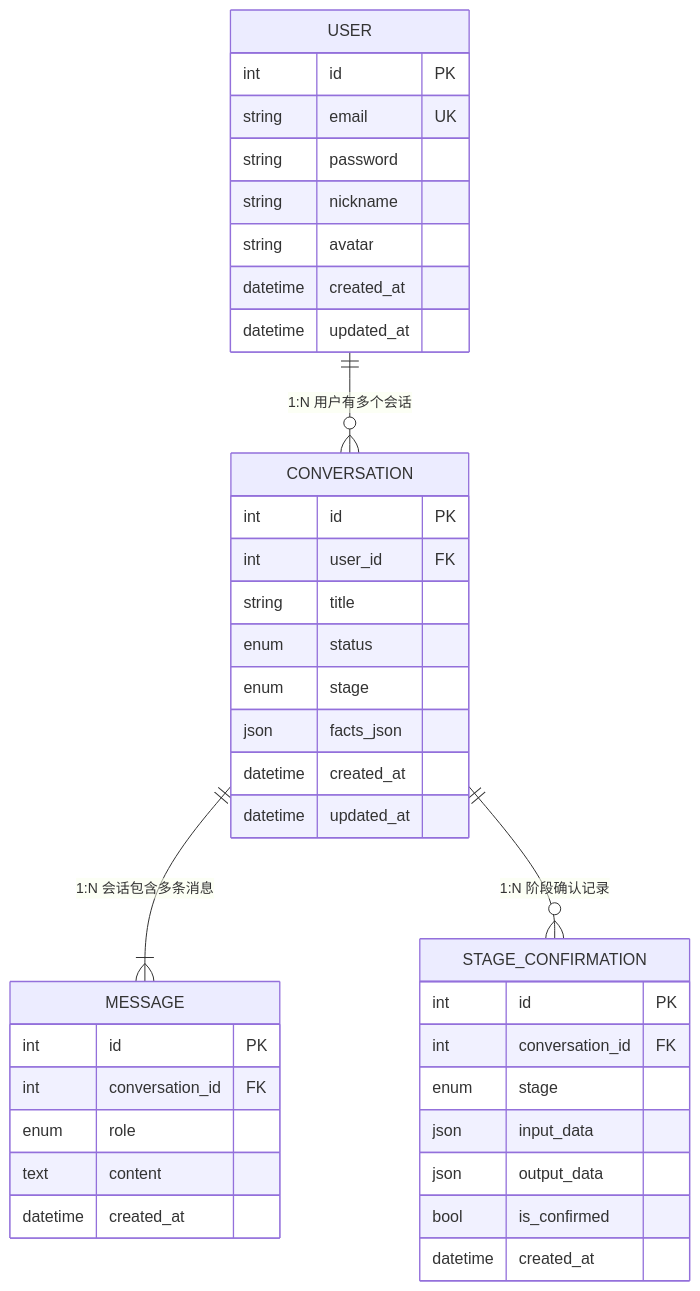
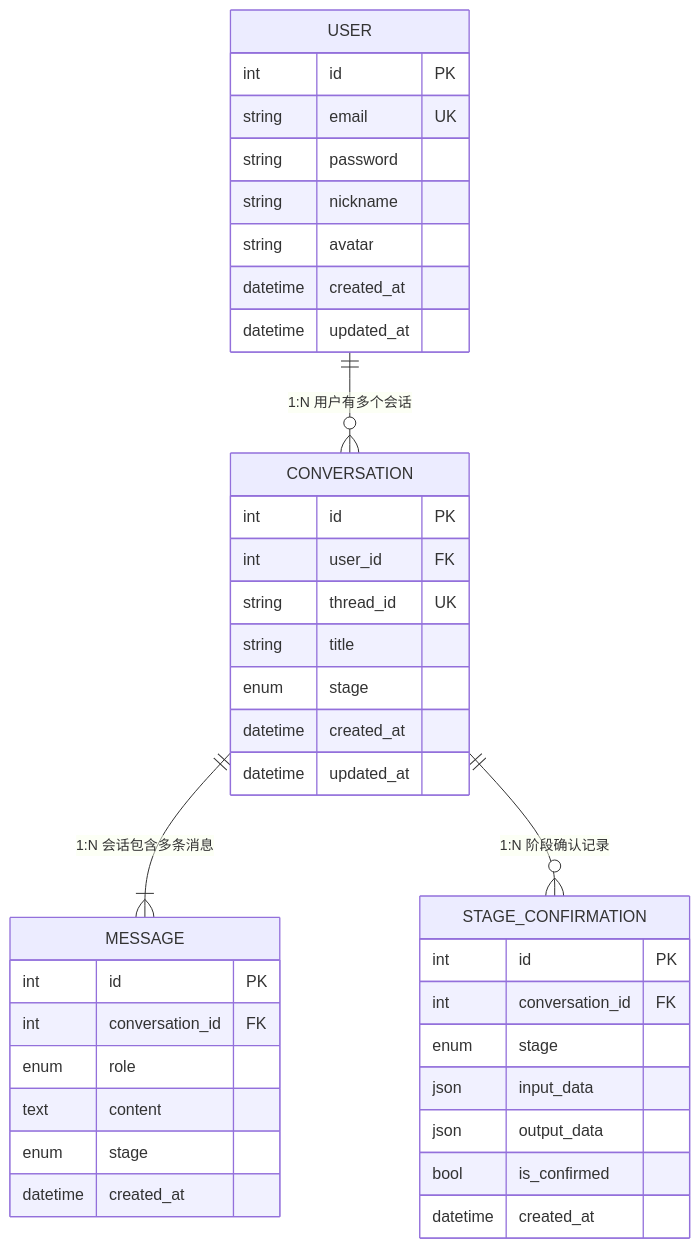
Before and after one commit to refrain2333/lawgent: the diagram in backend/app/models/model.md, drawn with Mermaid. The commit also changed other lines of this file and 46 other files, not shown here.

````diff
--- a/backend/app/models/model.md
+++ b/backend/app/models/model.md
@@ -159,45 +162,45 @@
 ```mermaid
 erDiagram
     USER ||--o{ CONVERSATION : "1:N 用户有多个会话"
     CONVERSATION ||--|{ MESSAGE : "1:N 会话包含多条消息"
     CONVERSATION ||--o{ STAGE_CONFIRMATION : "1:N 阶段确认记录"
 
     USER {
         int id PK
         string email UK
         string password
         string nickname
         string avatar
         datetime created_at
         datetime updated_at
     }
 
     CONVERSATION {
         int id PK
         int user_id FK
+        string thread_id UK
         string title
-        enum status
         enum stage
-        json facts_json
         datetime created_at
         datetime updated_at
     }
 
     MESSAGE {
         int id PK
         int conversation_id FK
         enum role
         text content
+        enum stage
         datetime created_at
     }
 
     STAGE_CONFIRMATION {
         int id PK
         int conversation_id FK
         enum stage
         json input_data
         json output_data
         bool is_confirmed
         datetime created_at
     }
 ```
````
